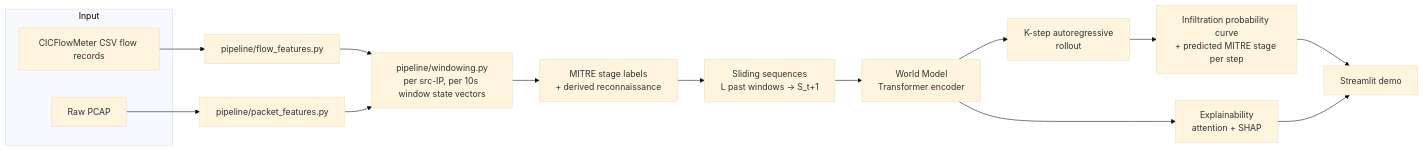
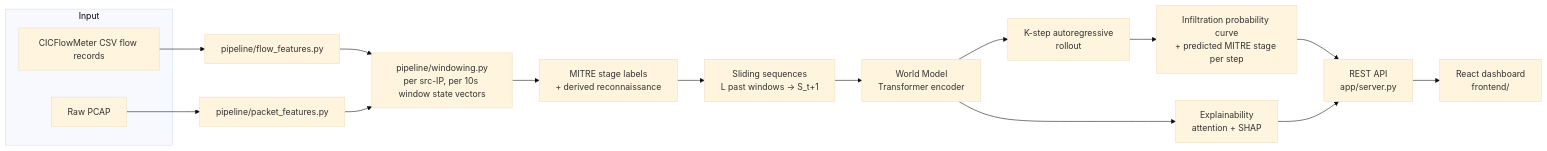
The diagram in docs/01-architecture.md (Yashbandiwadekar/network-attack-forecasting), drawn with Mermaid (base theme) before and after one commit. The commit also changed other lines of this file and 7 other files, not shown here.

First line of the commit message:
Clean out the retired Streamlit system, and correct the architecture doc

````diff
--- a/docs/01-architecture.md
+++ b/docs/01-architecture.md
@@ -8,19 +8,20 @@
 ```mermaid
 flowchart LR
     subgraph Input
         CSV[CICFlowMeter CSV flow records]
         PCAP[Raw PCAP]
     end
     CSV --> FF[pipeline/flow_features.py]
     PCAP --> PF[pipeline/packet_features.py]
     FF --> WIN[pipeline/windowing.py<br/>per src-IP, per 10s window state vectors]
     PF --> WIN
     WIN --> MITRE[MITRE stage labels<br/>+ derived reconnaissance]
     MITRE --> SEQ[Sliding sequences<br/>L past windows -> S_t+1]
     SEQ --> WM[World Model<br/>Transformer encoder]
     WM --> ROLL[K-step autoregressive<br/>rollout]
     ROLL --> OUT[Infiltration probability curve<br/>+ predicted MITRE stage per step]
     WM --> EXPL[Explainability<br/>attention + SHAP]
-    OUT --> DEMO[Streamlit demo]
-    EXPL --> DEMO
+    OUT --> API[REST API<br/>app/server.py]
+    EXPL --> API
+    API --> UI[React dashboard<br/>frontend/]
 ```
````
